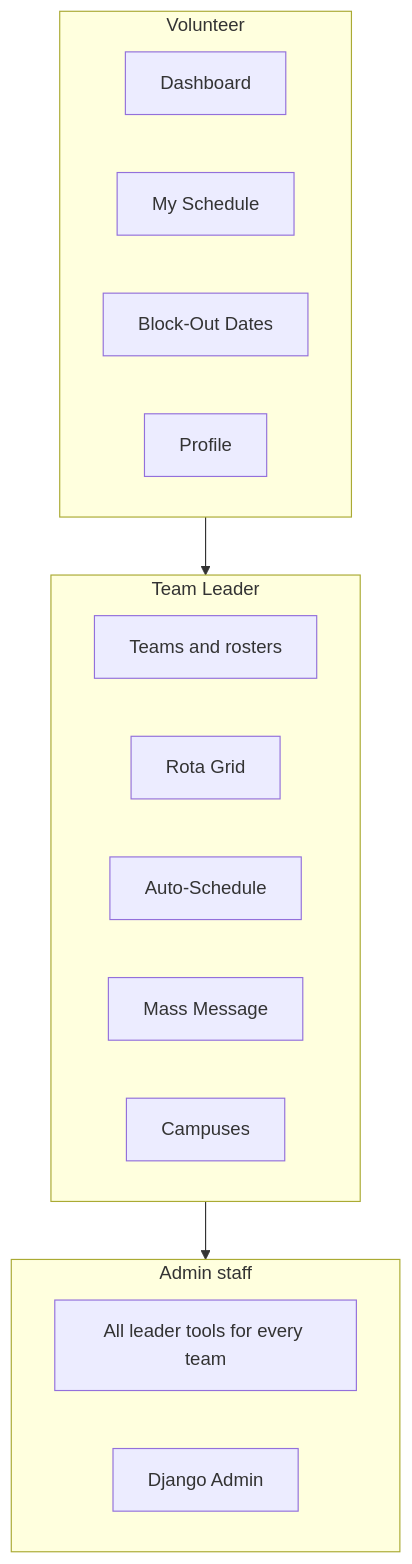
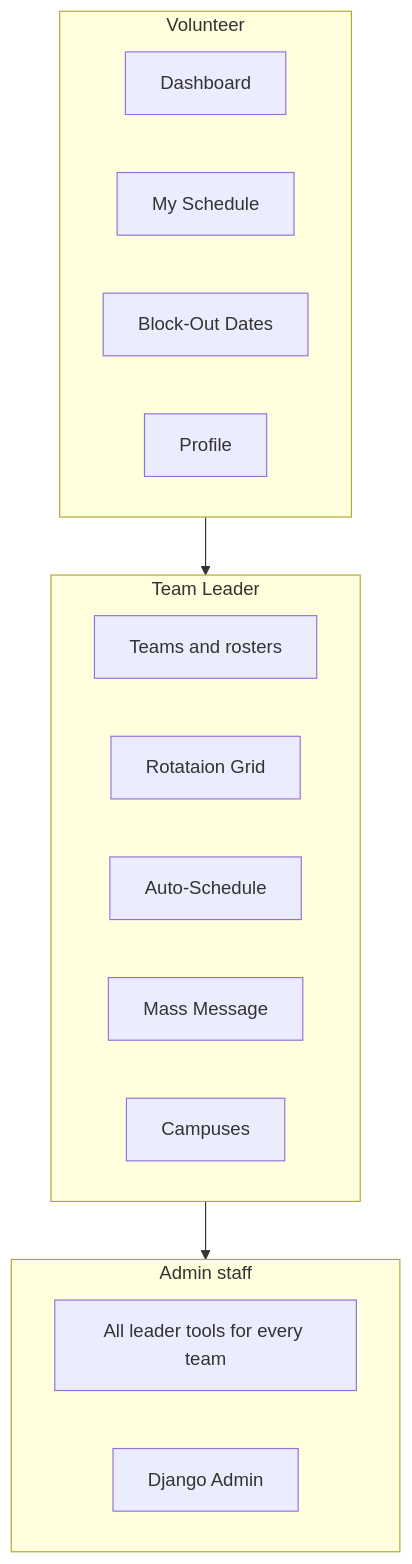
One commit to ThingsAbove/ministry-manager changed the diagram in docs/OPERATIONS_GUIDE.md. Above: the diagram before and after it, drawn with Mermaid. The commit also changed other lines of this file and 7 other files, not shown here.

````diff
--- a/docs/OPERATIONS_GUIDE.md
+++ b/docs/OPERATIONS_GUIDE.md
@@ -24,25 +24,25 @@
 ```mermaid
 flowchart TB
     subgraph volunteer [Volunteer]
         V1[Dashboard]
         V2[My Schedule]
         V3[Block-Out Dates]
         V4[Profile]
     end
 
     subgraph leader [Team Leader]
         L1[Teams and rosters]
-        L2[Rota Grid]
+        L2[Rotataion Grid]
         L3[Auto-Schedule]
         L4[Mass Message]
         L5[Campuses]
     end
 
     subgraph admin [Admin staff]
         A1[All leader tools for every team]
         A2[Django Admin]
     end
 
     volunteer --> leader
     leader --> admin
 ```
````
